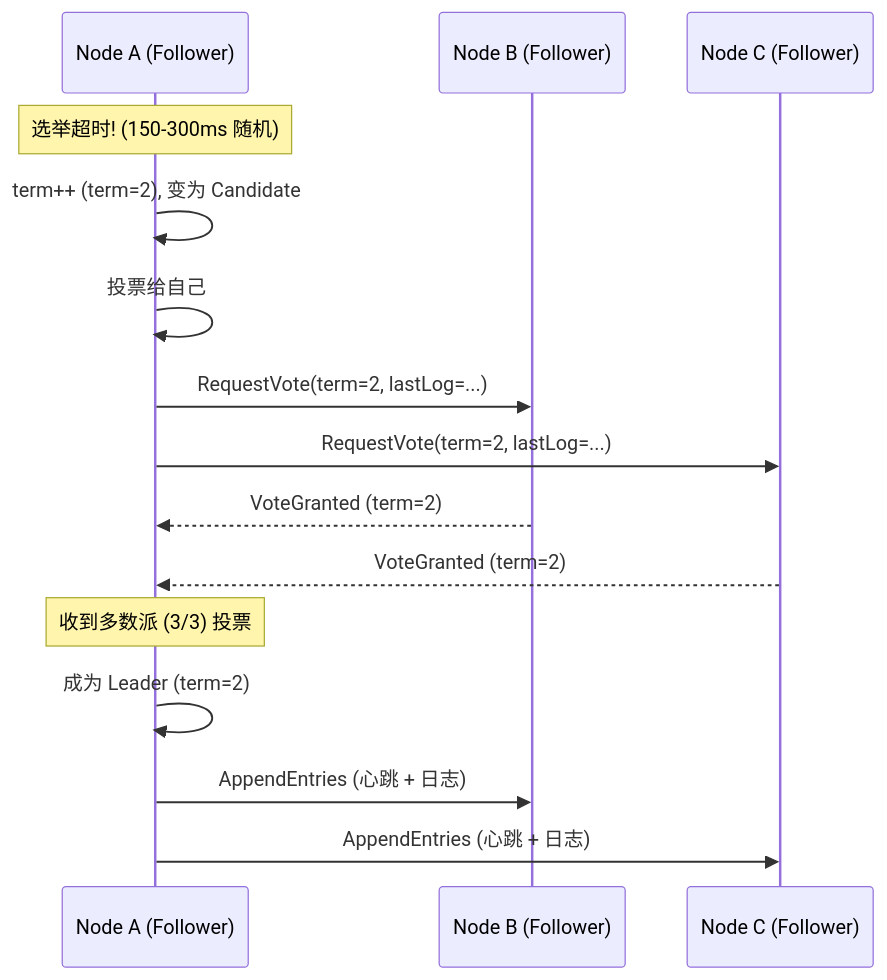
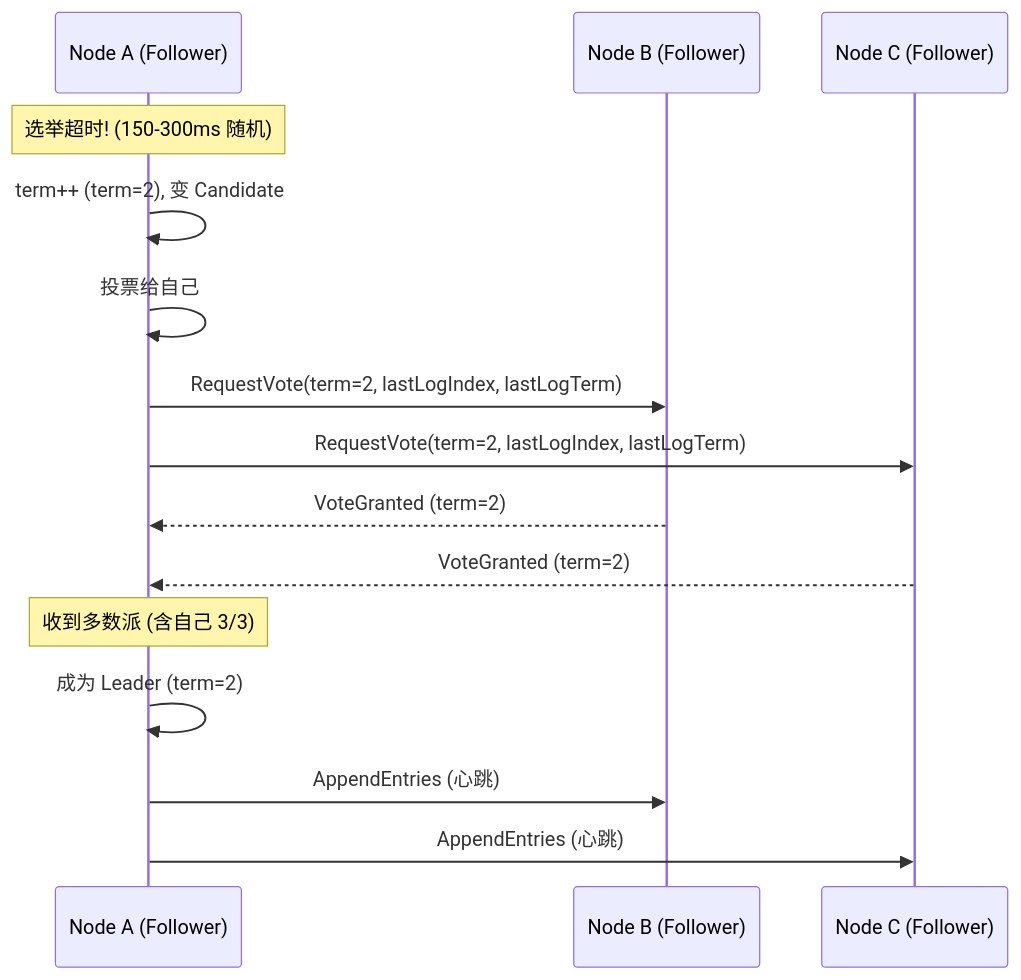
Diagram 15 of 37 in ch10-一致性与共识.md (socoo123/ddia_2nd), drawn with Mermaid before and after one commit. The commit also changed other lines of this file and 5 other files, not shown here.

````diff
--- a/ch10-一致性与共识.md
+++ b/ch10-一致性与共识.md
@@ -347,21 +626,20 @@
 ```mermaid
 sequenceDiagram
     participant F1 as Node A (Follower)
     participant F2 as Node B (Follower)
     participant F3 as Node C (Follower)
 
     Note over F1: 选举超时! (150-300ms 随机)
-    F1->>F1: term++ (term=2), 变为 Candidate
+    F1->>F1: term++ (term=2), 变 Candidate
     F1->>F1: 投票给自己
-
-    F1->>F2: RequestVote(term=2, lastLog=...)
-    F1->>F3: RequestVote(term=2, lastLog=...)
+    F1->>F2: RequestVote(term=2, lastLogIndex, lastLogTerm)
+    F1->>F3: RequestVote(term=2, lastLogIndex, lastLogTerm)
 
     F2-->>F1: VoteGranted (term=2)
     F3-->>F1: VoteGranted (term=2)
 
-    Note over F1: 收到多数派 (3/3) 投票
+    Note over F1: 收到多数派 (含自己 3/3)
     F1->>F1: 成为 Leader (term=2)
-    F1->>F2: AppendEntries (心跳 + 日志)
-    F1->>F3: AppendEntries (心跳 + 日志)
+    F1->>F2: AppendEntries (心跳)
+    F1->>F3: AppendEntries (心跳)
 ```
````
